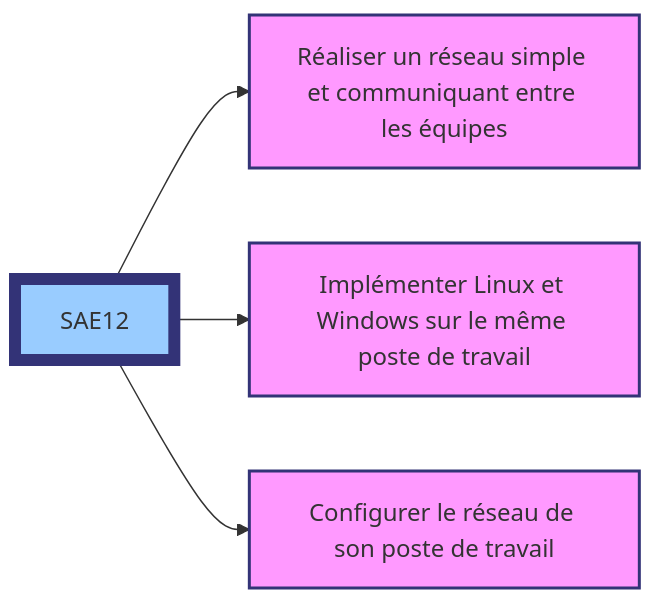
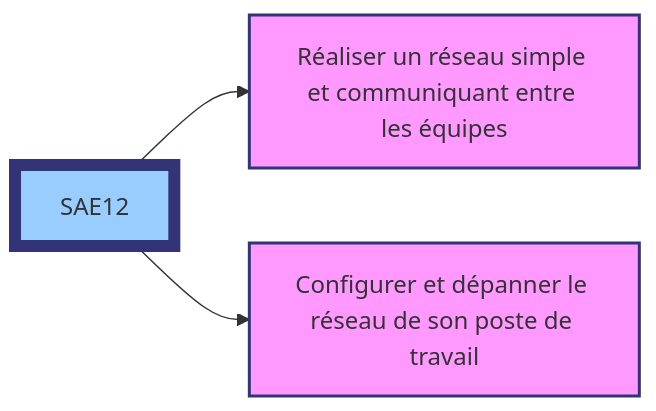
Before and after one commit to pushou/SAE12: the diagram in sae12-description.md, drawn with Mermaid. The commit also changed other lines of this file, not shown here.

Commit message:
refactoring de la SAE - supression de la problématique muti-os

````diff
--- a/sae12-description.md
+++ b/sae12-description.md
@@ -76,11 +80,9 @@
 ``` mermaid
      flowchart LR;
         SAE12[SAE12]-->id1["Réaliser un réseau simple et communiquant entre les équipes"];
-        SAE12-->id2["Implémenter Linux et Windows sur le même poste de travail"];
-        SAE12-->id3["Configurer le réseau de son poste de travail"];
+        SAE12-->id3["Configurer et dépanner le réseau de son poste de travail"];
         style SAE12 fill:#99ccff,stroke:#337,stroke-width:8px;
         style id1 fill:#f9f,stroke:#337,stroke-width:2px;
-        style id2 fill:#f9f,stroke:#337,stroke-width:2px;
         style id3 fill:#f9f,stroke:#337,stroke-width:2px;
         click SAE12 href "https://github.com/pushou/SAE12.git" "Lien vers le repo Git de la SAE12"
 ```
````
